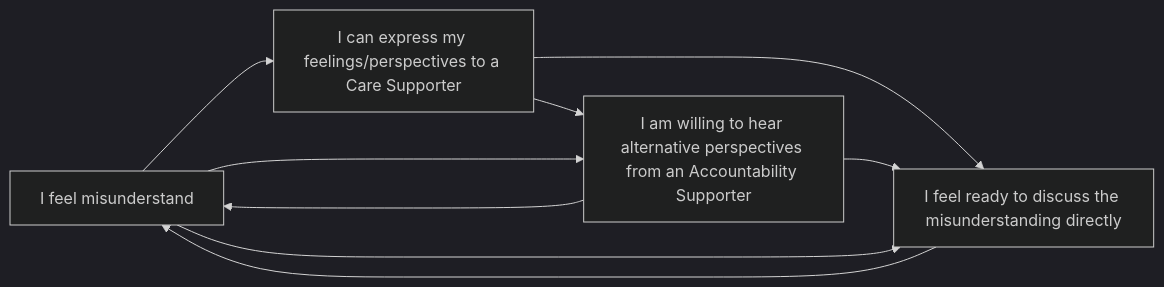
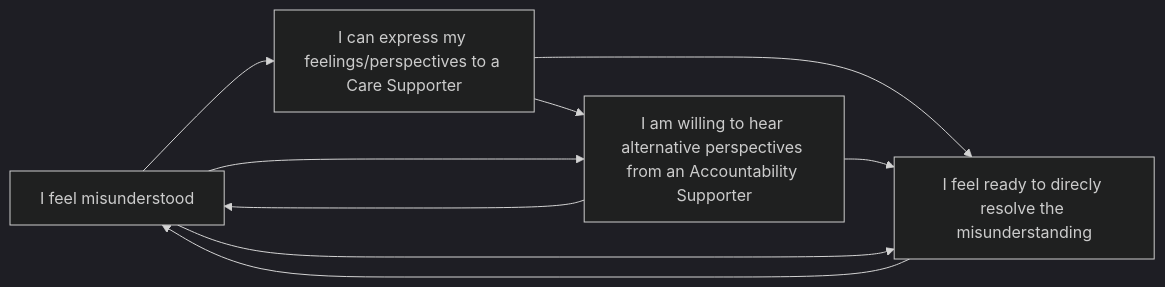
One commit to brassica-collective/handbook changed the diagram in content/brassica/handbook/Howtos/supporter_guidelines.md. Above: the diagram before and after it, drawn with Mermaid (dark theme).

````diff
--- a/content/brassica/handbook/Howtos/supporter_guidelines.md
+++ b/content/brassica/handbook/Howtos/supporter_guidelines.md
@@ -35,8 +35,8 @@
 ```mermaid
 graph LR
-A[I feel misunderstand] --> B[I can express my feelings/perspectives to a Care Supporter] -->D
+A[I feel misunderstood] --> B[I can express my feelings/perspectives to a Care Supporter] -->D
 B --> C[I am willing to hear alternative perspectives from an Accountability Supporter] -->D
 A --> C
 C --> A 
-A--> D[I feel ready to discuss the misunderstanding directly]-->A
+A--> D[I feel ready to direcly resolve the misunderstanding]-->A
 ```
````
